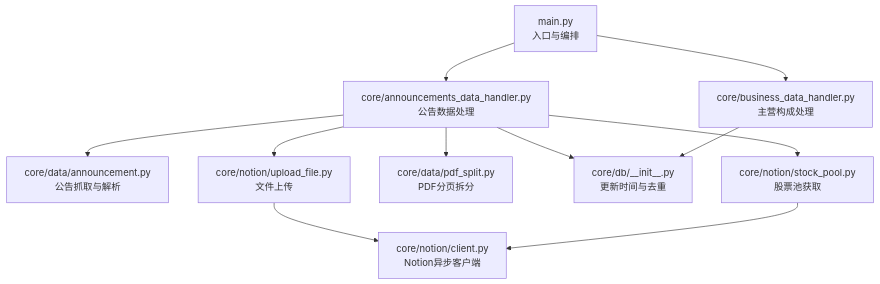
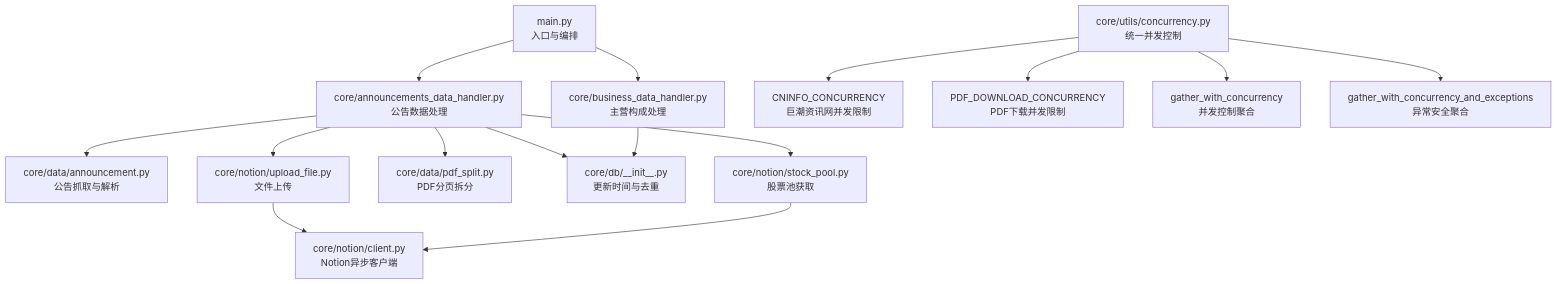
The first of 10 diagrams in .qoder/repowiki/zh/content/性能优化/并发处理优化.md (iverwong/DataLife), drawn with Mermaid before and after one commit. The commit also changed other lines of this file and 14 other files, not shown here.

````diff
--- a/.qoder/repowiki/zh/content/性能优化/并发处理优化.md
+++ b/.qoder/repowiki/zh/content/性能优化/并发处理优化.md
@@ -34,13 +48,17 @@
 ```mermaid
 graph TB
 A["main.py<br/>入口与编排"] --> B["core/announcements_data_handler.py<br/>公告数据处理"]
 A --> C["core/business_data_handler.py<br/>主营构成处理"]
 B --> D["core/data/announcement.py<br/>公告抓取与解析"]
 B --> E["core/notion/upload_file.py<br/>文件上传"]
 B --> F["core/data/pdf_split.py<br/>PDF分页拆分"]
 B --> G["core/db/__init__.py<br/>更新时间与去重"]
 B --> H["core/notion/stock_pool.py<br/>股票池获取"]
 E --> I["core/notion/client.py<br/>Notion异步客户端"]
 C --> G
 H --> I
+J["core/utils/concurrency.py<br/>统一并发控制"] --> K["CNINFO_CONCURRENCY<br/>巨潮资讯网并发限制"]
+J --> L["PDF_DOWNLOAD_CONCURRENCY<br/>PDF下载并发限制"]
+J --> M["gather_with_concurrency<br/>并发控制聚合"]
+J --> N["gather_with_concurrency_and_exceptions<br/>异常安全聚合"]
 ```
````
